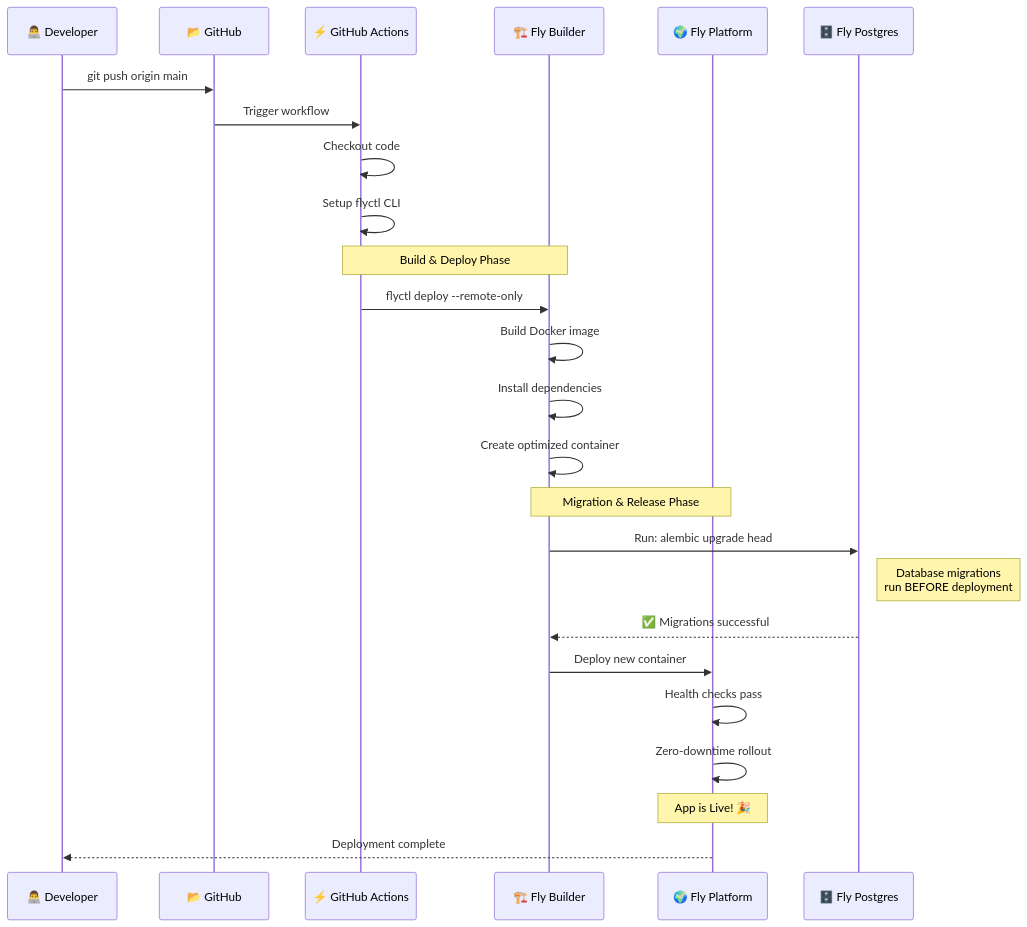
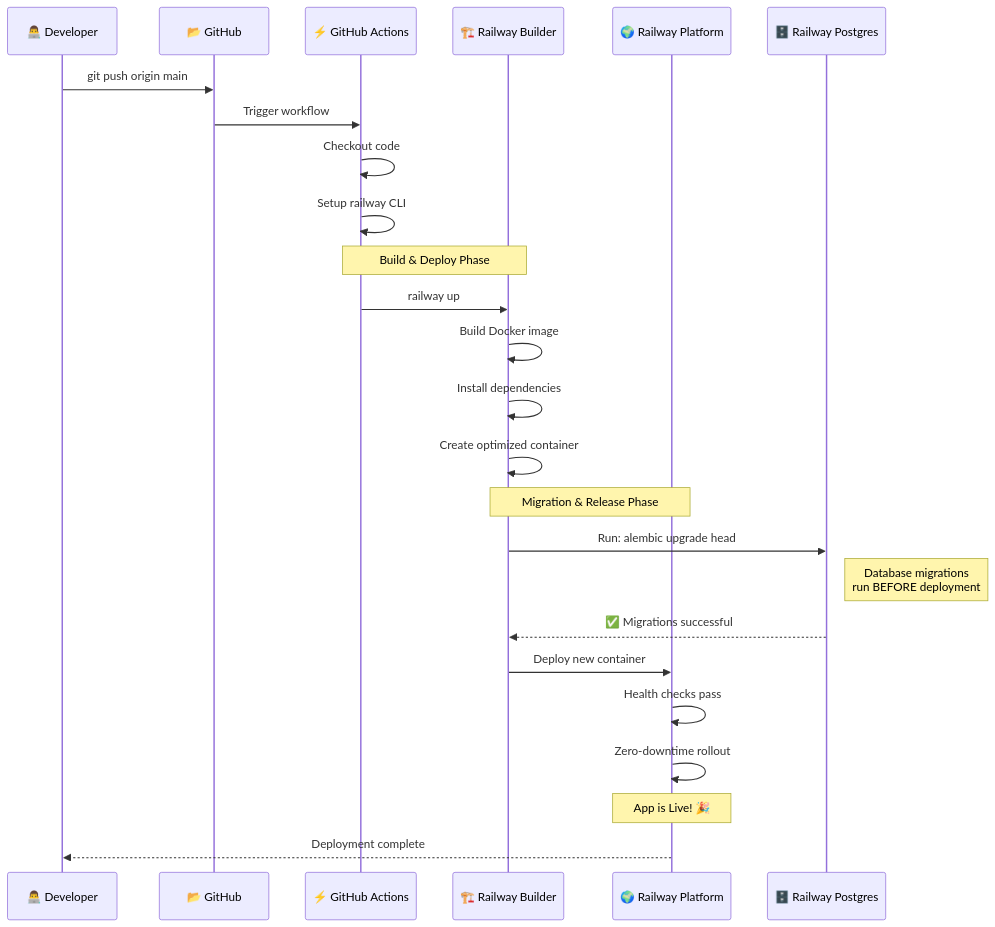
Before and after one commit to mariobrusarosco/better-call-buffet: the third of 7 diagrams in README.md, drawn with Mermaid. The commit also changed other lines of this file and 14 other files, not shown here.

````diff
--- a/README.md
+++ b/README.md
@@ -113,32 +112,32 @@
 ```mermaid
 sequenceDiagram
     participant Dev as 👨‍💻 Developer
     participant GH as 📂 GitHub
     participant GA as ⚡ GitHub Actions
-    participant FB as 🏗️ Fly Builder
-    participant FP as 🌍 Fly Platform
-    participant DB as 🗄️ Fly Postgres
+    participant RB as 🏗️ Railway Builder
+    participant RP as 🌍 Railway Platform
+    participant DB as 🗄️ Railway Postgres
 
     Dev->>GH: git push origin main
     GH->>GA: Trigger workflow
     GA->>GA: Checkout code
-    GA->>GA: Setup flyctl CLI
+    GA->>GA: Setup railway CLI
     
-    Note over GA,FB: Build & Deploy Phase
-    GA->>FB: flyctl deploy --remote-only
-    FB->>FB: Build Docker image
-    FB->>FB: Install dependencies
-    FB->>FB: Create optimized container
+    Note over GA,RB: Build & Deploy Phase
+    GA->>RB: railway up
+    RB->>RB: Build Docker image
+    RB->>RB: Install dependencies
+    RB->>RB: Create optimized container
     
-    Note over FB,FP: Migration & Release Phase
-    FB->>DB: Run: alembic upgrade head
+    Note over RB,RP: Migration & Release Phase
+    RB->>DB: Run: alembic upgrade head
     Note right of DB: Database migrations<br/>run BEFORE deployment
-    DB-->>FB: ✅ Migrations successful
+    DB-->>RB: ✅ Migrations successful
     
-    FB->>FP: Deploy new container
-    FP->>FP: Health checks pass
-    FP->>FP: Zero-downtime rollout
+    RB->>RP: Deploy new container
+    RP->>RP: Health checks pass
+    RP->>RP: Zero-downtime rollout
     
-    Note over FP: App is Live! 🎉
-    FP-->>Dev: Deployment complete
+    Note over RP: App is Live! 🎉
+    RP-->>Dev: Deployment complete
 ```
````
